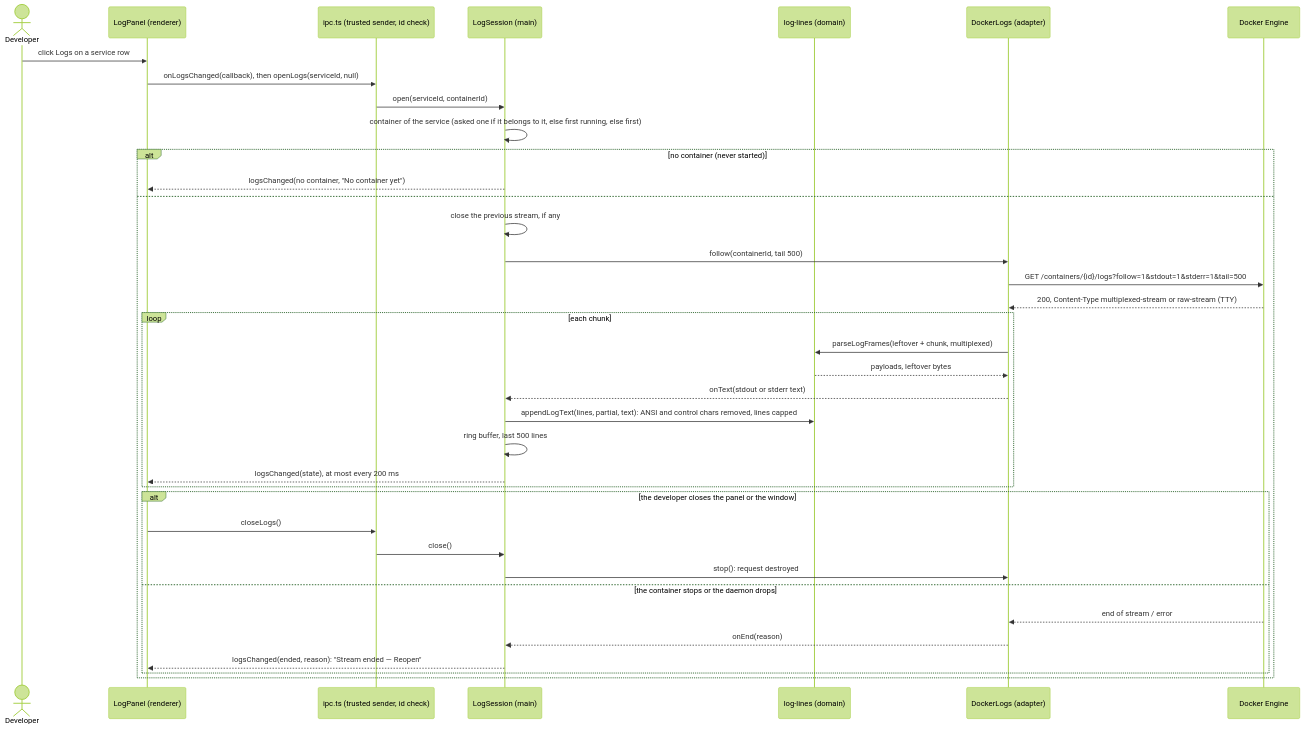
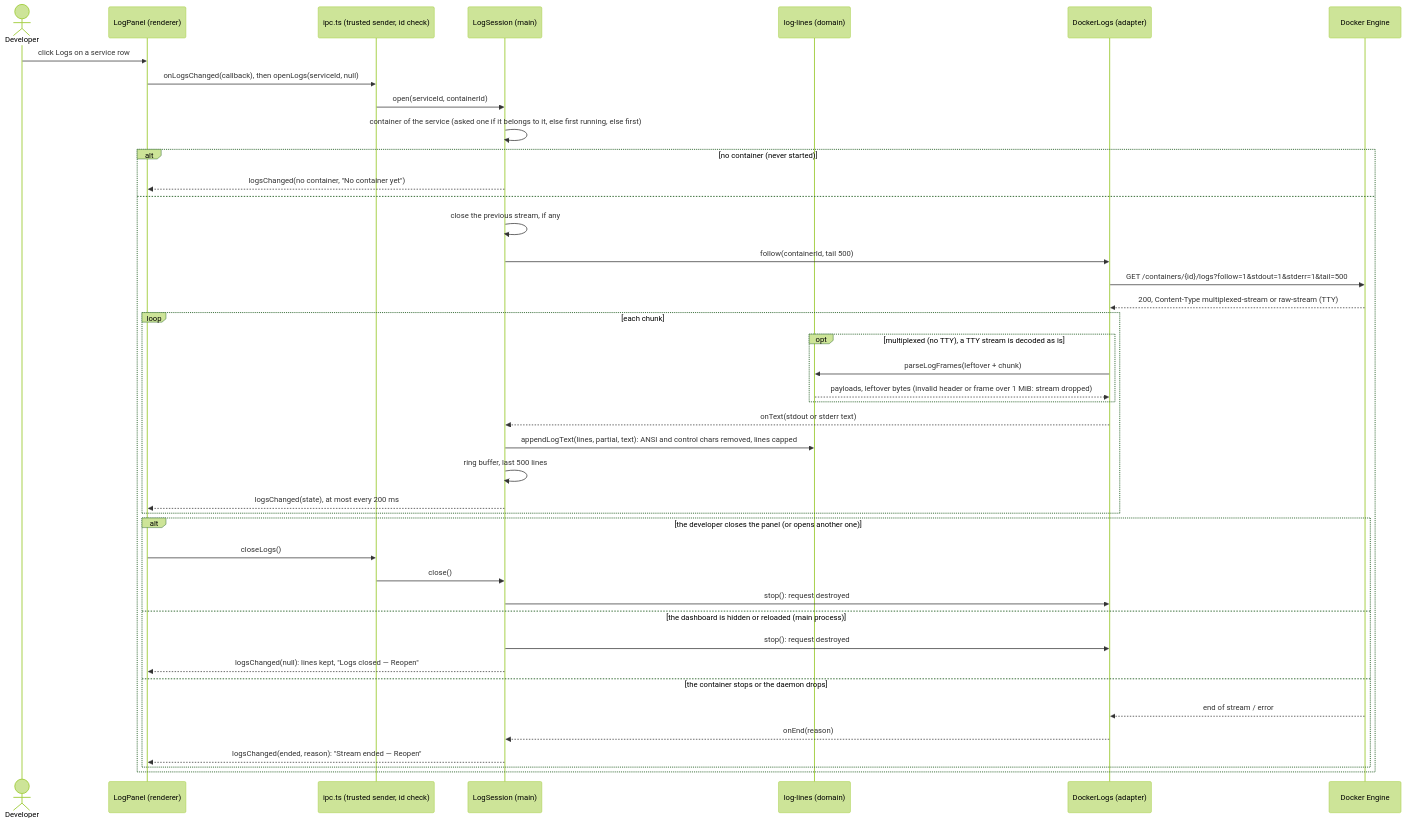
Before and after one commit to benoit-bremaud/dock-n-roll: the diagram in docs/architecture/diagrams/launcher/14-sequence-service-logs.md, drawn with Mermaid (forest theme). The commit also changed other lines of this file and 17 other files, not shown here.

Commit message:
fix(logs): apply local review findings (bounded frames, Reopen, docs)

````diff
--- a/docs/architecture/diagrams/launcher/14-sequence-service-logs.md
+++ b/docs/architecture/diagrams/launcher/14-sequence-service-logs.md
@@ -15,40 +15,45 @@
 ```mermaid
 sequenceDiagram
   actor Dev as Developer
   participant UI as LogPanel (renderer)
   participant IPC as ipc.ts (trusted sender, id check)
   participant LS as LogSession (main)
   participant LF as log-lines (domain)
   participant DL as DockerLogs (adapter)
   participant DE as Docker Engine
 
   Dev->>UI: click Logs on a service row
   UI->>IPC: onLogsChanged(callback), then openLogs(serviceId, null)
   IPC->>LS: open(serviceId, containerId)
   LS->>LS: container of the service (asked one if it belongs to it, else first running, else first)
   alt no container (never started)
     LS-->>UI: logsChanged(no container, "No container yet")
   else
     LS->>LS: close the previous stream, if any
     LS->>DL: follow(containerId, tail 500)
     DL->>DE: GET /containers/{id}/logs?follow=1&stdout=1&stderr=1&tail=500
     DE-->>DL: 200, Content-Type multiplexed-stream or raw-stream (TTY)
     loop each chunk
-      DL->>LF: parseLogFrames(leftover + chunk, multiplexed)
-      LF-->>DL: payloads, leftover bytes
+      opt multiplexed (no TTY), a TTY stream is decoded as is
+        DL->>LF: parseLogFrames(leftover + chunk)
+        LF-->>DL: payloads, leftover bytes (invalid header or frame over 1 MiB: stream dropped)
+      end
       DL-->>LS: onText(stdout or stderr text)
       LS->>LF: appendLogText(lines, partial, text): ANSI and control chars removed, lines capped
       LS->>LS: ring buffer, last 500 lines
       LS-->>UI: logsChanged(state), at most every 200 ms
     end
-    alt the developer closes the panel or the window
+    alt the developer closes the panel (or opens another one)
       UI->>IPC: closeLogs()
       IPC->>LS: close()
       LS->>DL: stop(): request destroyed
+    else the dashboard is hidden or reloaded (main process)
+      LS->>DL: stop(): request destroyed
+      LS-->>UI: logsChanged(null): lines kept, "Logs closed — Reopen"
     else the container stops or the daemon drops
       DE-->>DL: end of stream / error
       DL-->>LS: onEnd(reason)
       LS-->>UI: logsChanged(ended, reason): "Stream ended — Reopen"
     end
   end
 ```
````
